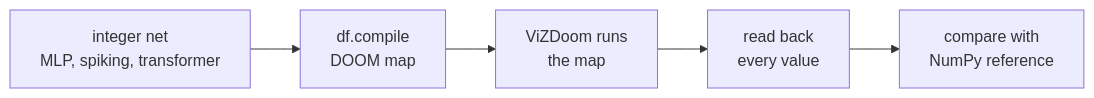
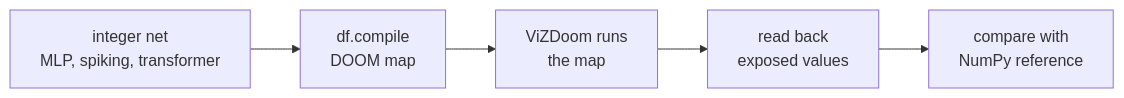
Before and after one commit to mottopanikeiku/doomformer: the diagram in docs/BUILD_YOUR_OWN.md, drawn with Mermaid. The commit also changed other lines of this file and 29 other files, not shown here.

````diff
--- a/docs/BUILD_YOUR_OWN.md
+++ b/docs/BUILD_YOUR_OWN.md
@@ -6,7 +6,7 @@
 ```mermaid
 flowchart LR
   A["integer net<br/>MLP, spiking, transformer"] --> B["df.compile<br/>DOOM map"]
   B --> C["ViZDoom runs<br/>the map"]
-  C --> D["read back<br/>every value"]
+  C --> D["read back<br/>exposed values"]
   D --> E["compare with<br/>NumPy reference"]
 ```
````
